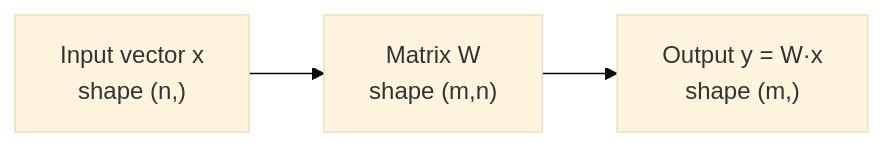
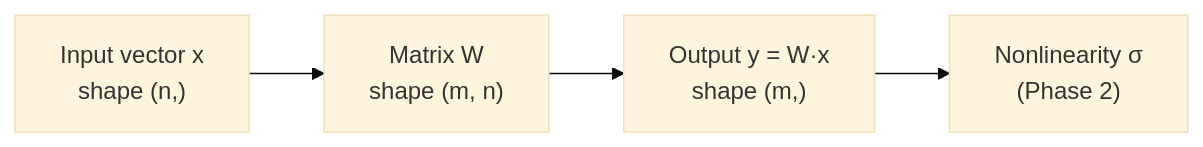
The first of 3 diagrams in roadmap/phase-0-prerequisites/02-linear-algebra.md (ABHIRAM3007/itp), drawn with Mermaid (base theme) before and after one commit. The commit also changed other lines of this file and 23 other files, not shown here.

````diff
--- a/roadmap/phase-0-prerequisites/02-linear-algebra.md
+++ b/roadmap/phase-0-prerequisites/02-linear-algebra.md
@@ -177,5 +171,6 @@
 ```mermaid
 flowchart LR
-    X["Input vector x<br/>shape (n,)"] --> M["Matrix W<br/>shape (m,n)"]
+    X["Input vector x<br/>shape (n,)"] --> M["Matrix W<br/>shape (m, n)"]
     M --> Y["Output y = W·x<br/>shape (m,)"]
+    Y --> S["Nonlinearity σ<br/>(Phase 2)"]
 ```
````
